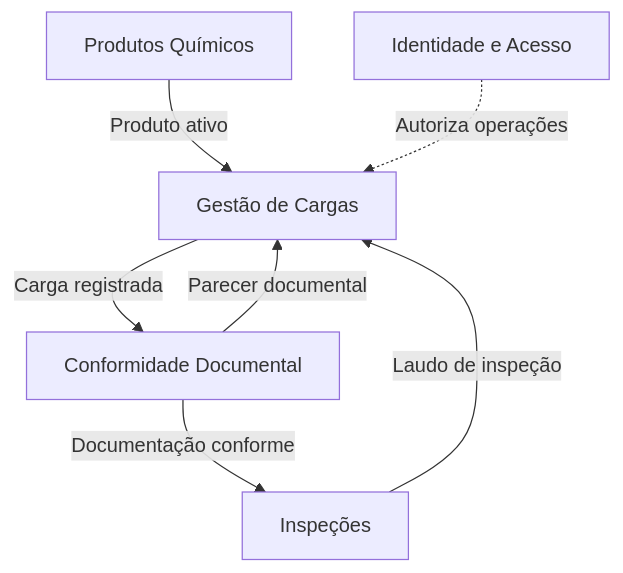
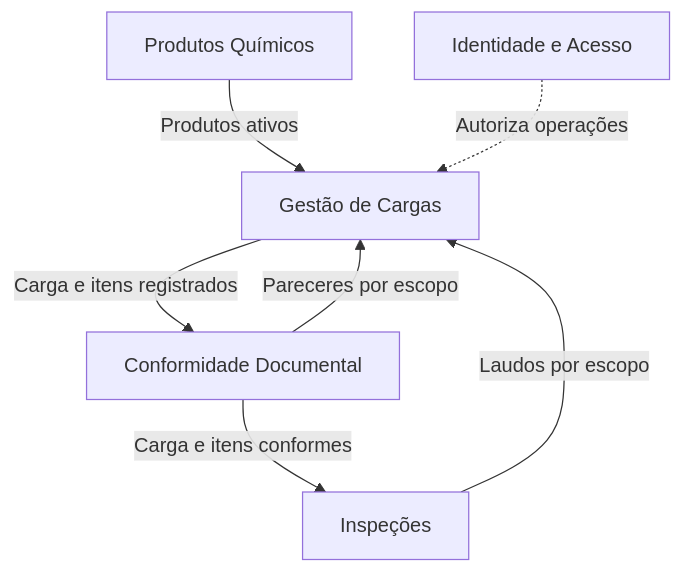
Before and after one commit to TechChallengeFiap/Quimovia: the first of 6 diagrams in docs/02-modelagem-com-ddd.md, drawn with Mermaid. The commit also changed other lines of this file and 3 other files, not shown here.

````diff
--- a/docs/02-modelagem-com-ddd.md
+++ b/docs/02-modelagem-com-ddd.md
@@ -19,9 +19,9 @@
 ```mermaid
 flowchart TD
-    P["Produtos Químicos"] -->|Produto ativo| C["Gestão de Cargas"]
-    C -->|Carga registrada| D["Conformidade Documental"]
-    D -->|Documentação conforme| I["Inspeções"]
-    D -->|Parecer documental| C
-    I -->|Laudo de inspeção| C
+    P["Produtos Químicos"] -->|Produtos ativos| C["Gestão de Cargas"]
+    C -->|Carga e itens registrados| D["Conformidade Documental"]
+    D -->|Carga e itens conformes| I["Inspeções"]
+    D -->|Pareceres por escopo| C
+    I -->|Laudos por escopo| C
     A["Identidade e Acesso"] -.->|Autoriza operações| C
 ```
````
